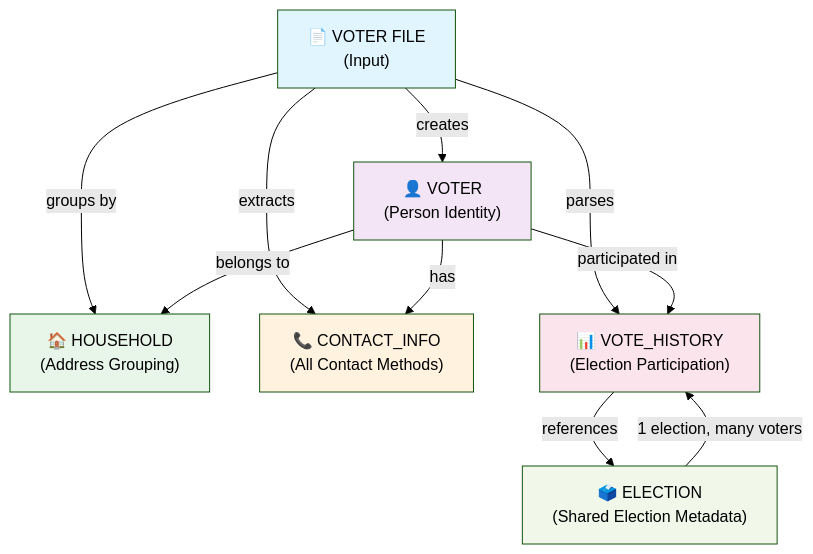
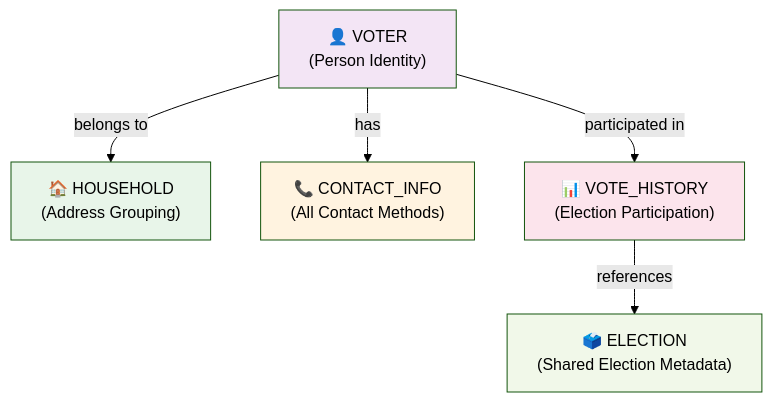
Before and after one commit to Spinnernicholas/cocoa-canvas: the first of 2 diagrams in VOTER_FILE_ARCHITECTURE.md, drawn with Mermaid (forest theme).

Commit message:
Simplify high-level diagram to show only models
Removed VOTER_FILE from the simplified diagram. Now shows just the
5 core models and their direct relationships:
- VOTER → HOUSEHOLD (belongs to)
- VOTER → CONTACT_INFO (has)
- VOTER → VOTE_HISTORY (participated in)
- VOTE_HISTORY → ELECTION (references)

````diff
--- a/VOTER_FILE_ARCHITECTURE.md
+++ b/VOTER_FILE_ARCHITECTURE.md
@@ -15,28 +15,19 @@
 ```mermaid
 graph TD
-    VF["📄 VOTER FILE<br/>(Input)"]
     V["👤 VOTER<br/>(Person Identity)"]
     H["🏠 HOUSEHOLD<br/>(Address Grouping)"]
     C["📞 CONTACT_INFO<br/>(All Contact Methods)"]
     E["🗳️ ELECTION<br/>(Shared Election Metadata)"]
     VH["📊 VOTE_HISTORY<br/>(Election Participation)"]
     
-    VF -->|creates| V
-    VF -->|groups by| H
-    VF -->|extracts| C
-    VF -->|parses| VH
-    
     V -->|belongs to| H
     V -->|has| C
     V -->|participated in| VH
+    VH -->|references| E
     
-    VH -->|references| E
-    E -->|1 election, many voters| VH
-    
-    style VF fill:#e1f5ff
     style V fill:#f3e5f5
     style H fill:#e8f5e9
     style C fill:#fff3e0
     style VH fill:#fce4ec
     style E fill:#f1f8e9
 ```
````
